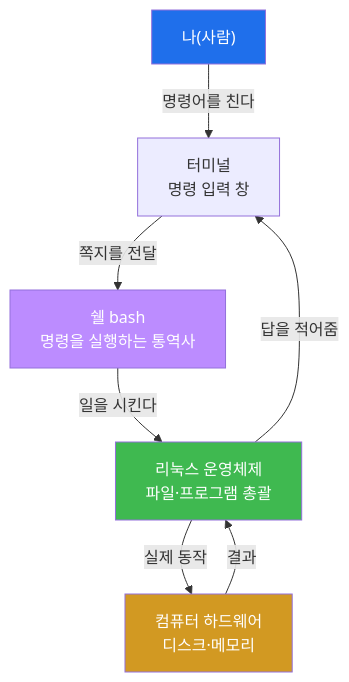
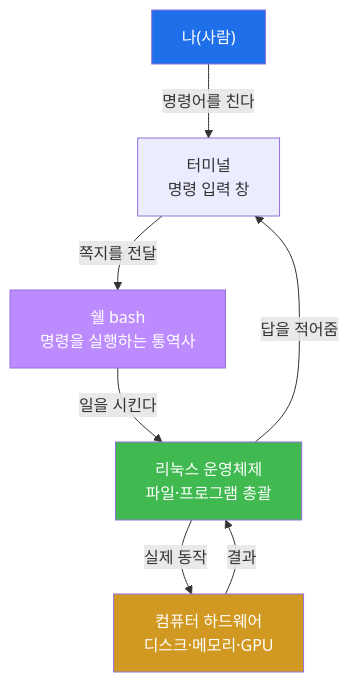
One commit to mrgrit/easy_web_hacking_class changed the third of 8 diagrams in contents/training/lecture_week02.md. Above: the diagram before and after it, drawn with Mermaid. The commit also changed other lines of this file and 68 other files, not shown here.

````diff
--- a/contents/training/lecture_week02.md
+++ b/contents/training/lecture_week02.md
@@ -213,18 +222,18 @@
 ```mermaid
 graph TB
     ME["나(사람)"]
     TERM["터미널<br/>명령 입력 창"]
     SHELL["쉘 bash<br/>명령을 실행하는 통역사"]
     LINUX["리눅스 운영체제<br/>파일·프로그램 총괄"]
-    HW["컴퓨터 하드웨어<br/>디스크·메모리"]
+    HW["컴퓨터 하드웨어<br/>디스크·메모리·GPU"]
     ME -->|"명령어를 친다"| TERM
     TERM -->|"쪽지를 전달"| SHELL
     SHELL -->|"일을 시킨다"| LINUX
     LINUX -->|"실제 동작"| HW
     HW -->|"결과"| LINUX
     LINUX -->|"답을 적어줌"| TERM
     style ME fill:#1f6feb,color:#fff
     style SHELL fill:#bc8cff,color:#fff
     style LINUX fill:#3fb950,color:#fff
     style HW fill:#d29922,color:#fff
 ```
````
